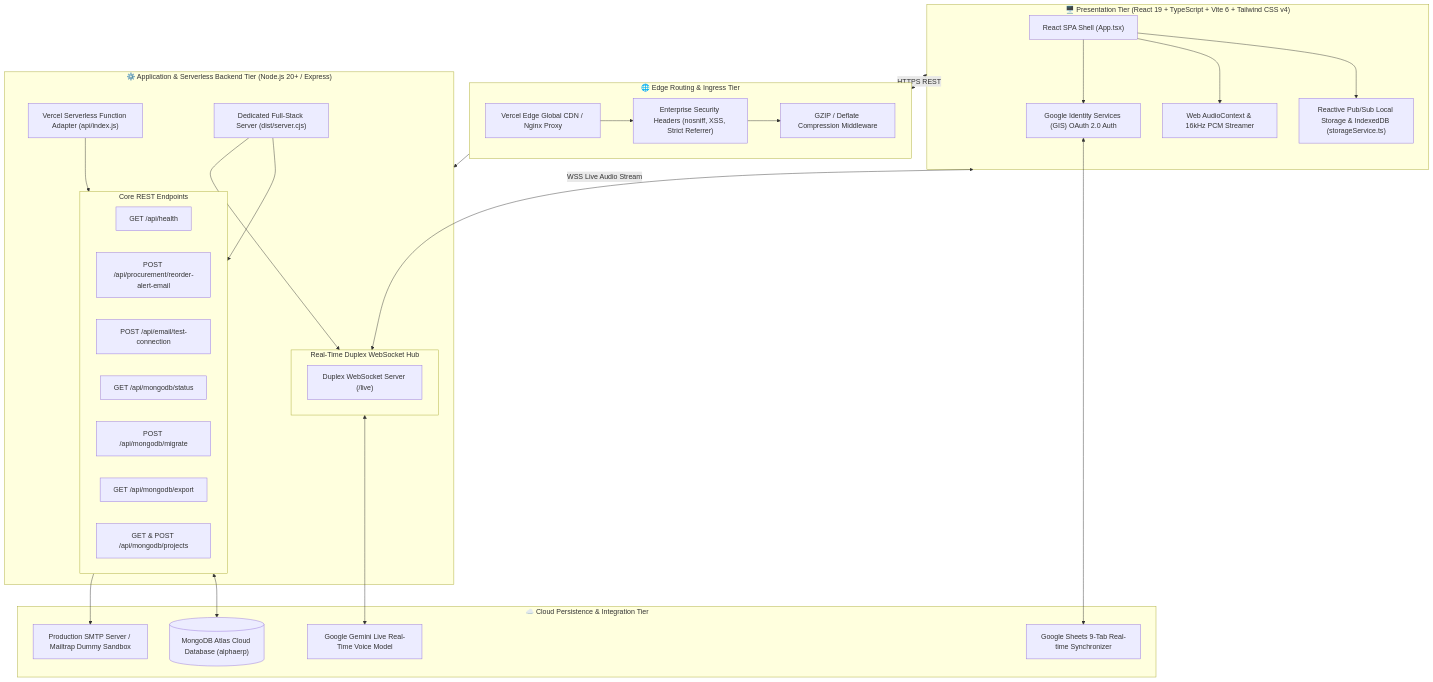
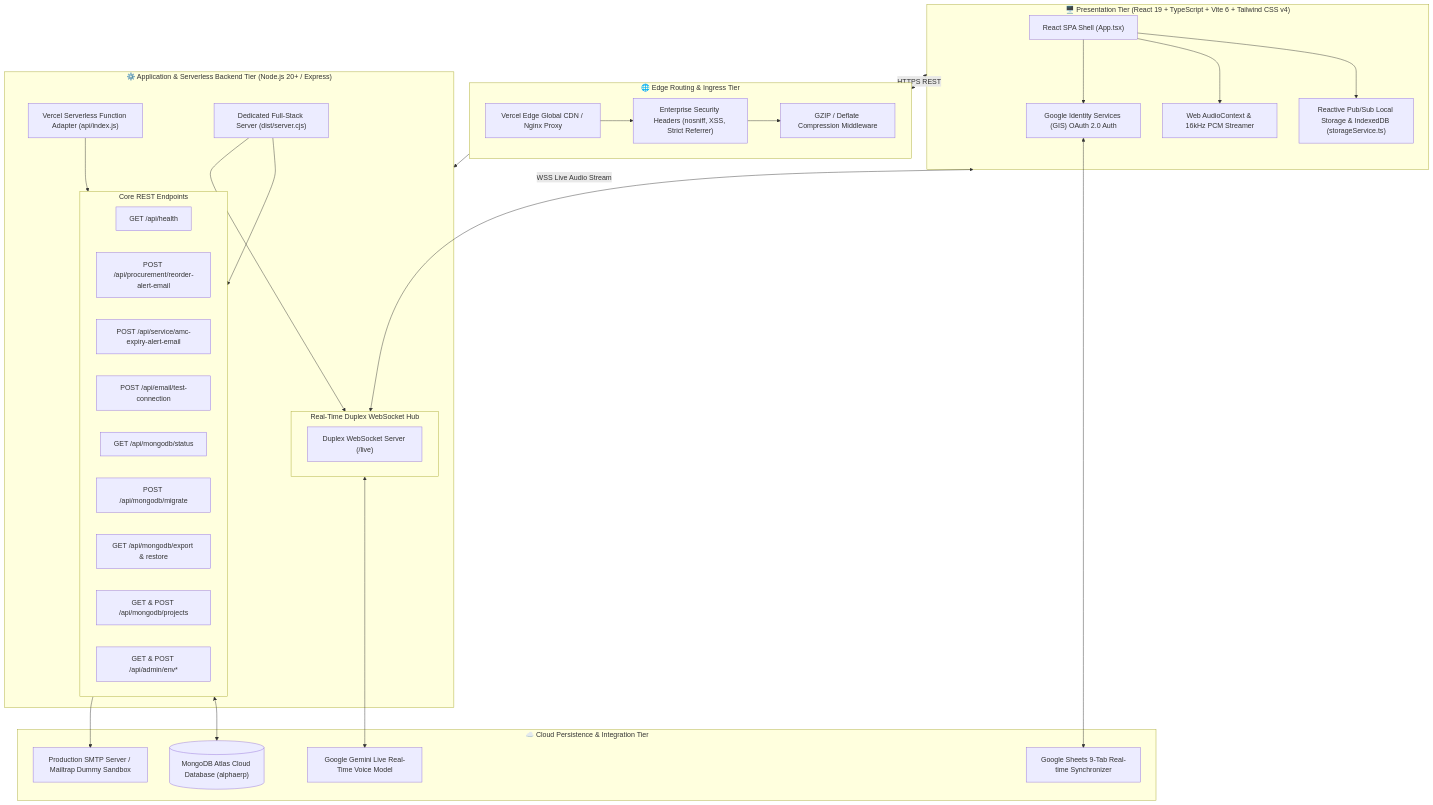
Before and after one commit to shivenkg/AlphaERP-V1: the first of 8 diagrams in PROJECT_DOCUMENTATION.md, drawn with Mermaid. The commit also changed other lines of this file and 11 other files, not shown here.

````diff
--- a/PROJECT_DOCUMENTATION.md
+++ b/PROJECT_DOCUMENTATION.md
@@ -24,57 +24,59 @@
 ```mermaid
 flowchart TB
     subgraph ClientTier["🖥️ Presentation Tier (React 19 + TypeScript + Vite 6 + Tailwind CSS v4)"]
         SPA["React SPA Shell (App.tsx)"]
         StateEngine["Reactive Pub/Sub Local Storage & IndexedDB (storageService.ts)"]
         AudioEngine["Web AudioContext & 16kHz PCM Streamer"]
         GISAuth["Google Identity Services (GIS) OAuth 2.0 Auth"]
         SPA --> StateEngine
         SPA --> AudioEngine
         SPA --> GISAuth
     end
 
     subgraph IngressTier["🌐 Edge Routing & Ingress Tier"]
         VercelCDN["Vercel Edge Global CDN / Nginx Proxy"]
         SecurityHeaders["Enterprise Security Headers (nosniff, XSS, Strict Referrer)"]
         CompressionEngine["GZIP / Deflate Compression Middleware"]
         VercelCDN --> SecurityHeaders --> CompressionEngine
     end
 
     subgraph ServiceTier["⚙️ Application & Serverless Backend Tier (Node.js 20+ / Express)"]
         VercelServerless["Vercel Serverless Function Adapter (api/index.js)"]
         DedicatedNode["Dedicated Full-Stack Server (dist/server.cjs)"]
         
         subgraph REST_APIs["Core REST Endpoints"]
             HAPI["GET /api/health"]
             EmailAlertAPI["POST /api/procurement/reorder-alert-email"]
+            AMCEmailAPI["POST /api/service/amc-expiry-alert-email"]
             EmailTestAPI["POST /api/email/test-connection"]
             MongoStatusAPI["GET /api/mongodb/status"]
             MongoMigrateAPI["POST /api/mongodb/migrate"]
-            MongoExportAPI["GET /api/mongodb/export"]
+            MongoExportAPI["GET /api/mongodb/export & restore"]
             MongoProjectsAPI["GET & POST /api/mongodb/projects"]
+            AdminEnvAPI["GET & POST /api/admin/env*"]
         end
         
         subgraph RealtimeHub["Real-Time Duplex WebSocket Hub"]
             LiveWSEndpoint["Duplex WebSocket Server (/live)"]
         end
 
         VercelServerless --> REST_APIs
         DedicatedNode --> REST_APIs
         DedicatedNode --> RealtimeHub
     end
 
     subgraph PersistenceTier["☁️ Cloud Persistence & Integration Tier"]
         MongoCluster[("MongoDB Atlas Cloud Database (alphaerp)")]
         GoogleSpreadsheets["Google Sheets 9-Tab Real-time Synchronizer"]
         SMTPRelay["Production SMTP Server / Mailtrap Dummy Sandbox"]
         GeminiAI["Google Gemini Live Real-Time Voice Model"]
     end
 
     ClientTier <-->|HTTPS REST| IngressTier
     ClientTier <-->|WSS Live Audio Stream| RealtimeHub
     IngressTier --> ServiceTier
     REST_APIs <--> MongoCluster
     REST_APIs --> SMTPRelay
     GISAuth <--> GoogleSpreadsheets
     RealtimeHub <--> GeminiAI
 ```
````
